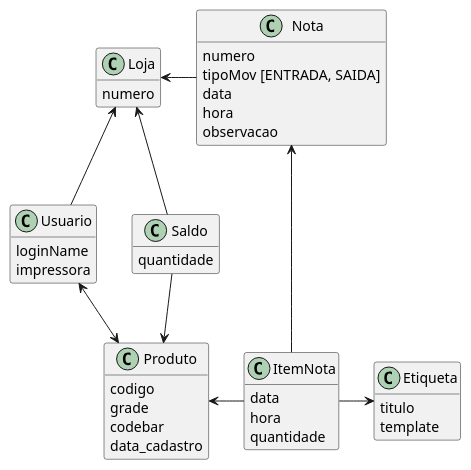
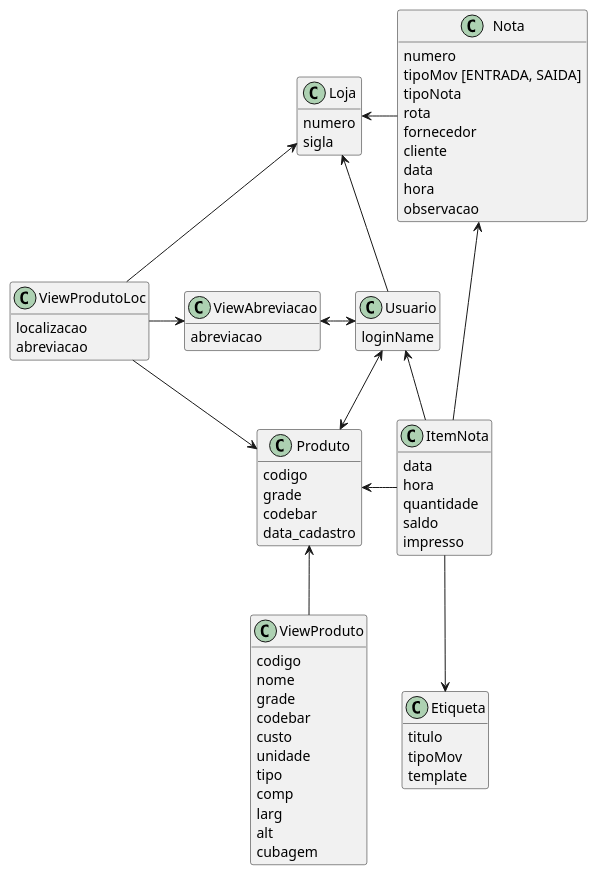
The diagram in diagramas/modelo2.puml (ivaneyvieira/engEstoque-Archive), drawn with PlantUML before and after one commit. The commit also changed 2 other files, not shown here.

```diff
--- a/diagramas/modelo2.puml
+++ b/diagramas/modelo2.puml
@@ -1,52 +1,83 @@
 @startuml modelo
 hide methods
 
-class Produto{
+class Produto {
 	codigo
 	grade
 	codebar
 	data_cadastro
 }
 
-class ItemNota{
+class ItemNota {
 	data
 	hora
 	quantidade
+	saldo
+	impresso
 }
 
 class Nota {
 	numero
 	tipoMov [ENTRADA, SAIDA]
+	tipoNota
+	rota
+	fornecedor
+	cliente
 	data
 	hora
 	observacao
 }
 
 class Loja {
 	numero
+	sigla
+}
+
+class ViewProdutoLoc {
+	localizacao
+	abreviacao
+}
+
+class ViewAbreviacao {
+	abreviacao
 }
 
 class Usuario {
 	loginName
-	impressora
-}
-
-class Saldo {
-	quantidade
 }
 
 class Etiqueta {
 	titulo
+	tipoMov
 	template
 }
 
+class ViewProduto{
+	codigo
+	nome
+	grade
+	codebar
+	custo
+	unidade
+	tipo
+	comp
+	larg
+	alt 
+	cubagem
+}
 
-ItemNota	-u->	Nota
-ItemNota	-l->	Produto
-Nota		-l->	Loja
-Usuario		-u->	Loja
-Usuario		<-d->	Produto
-Saldo		-u->	Loja
-Saldo		-d->	Produto
-ItemNota	-r->	Etiqueta
+
+ItemNota		-u->		Nota
+ItemNota		-l->		Produto
+Nota			-l->		Loja
+Usuario			-u->		Loja
+Usuario			<-d->		Produto
+ItemNota		-d->		Etiqueta
+ItemNota		-u->		Usuario
+ViewProduto		-u->		Produto
+ViewProdutoLoc	-u->		Loja
+ViewProdutoLoc	-d->		Produto
+
+ViewProdutoLoc	-r->		ViewAbreviacao
+ViewAbreviacao	<-r->		Usuario
 @enduml
```
